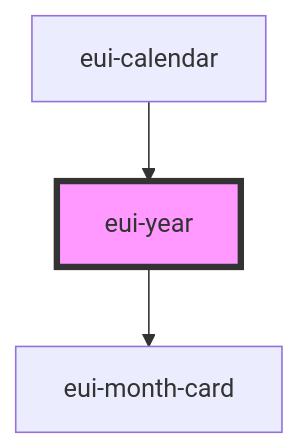
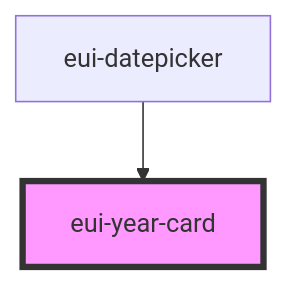
Before and after one commit to pnd-amirhosein/U_and_I: the diagram in ensemble-ui/src/components/calendars/eui-calendar-body/readme.md, drawn with Mermaid. The commit also changed other lines of this file and 11 other files, not shown here.

Commit message:
year card added!

````diff
--- a/ensemble-ui/src/components/calendars/eui-calendar-body/readme.md
+++ b/ensemble-ui/src/components/calendars/eui-calendar-body/readme.md
@@ -28,6 +33,5 @@
 ```mermaid
 graph TD;
-  eui-year --> eui-month-card
-  eui-calendar --> eui-year
-  style eui-year fill:#f9f,stroke:#333,stroke-width:4px
+  eui-datepicker --> eui-year-card
+  style eui-year-card fill:#f9f,stroke:#333,stroke-width:4px
 ```
````
